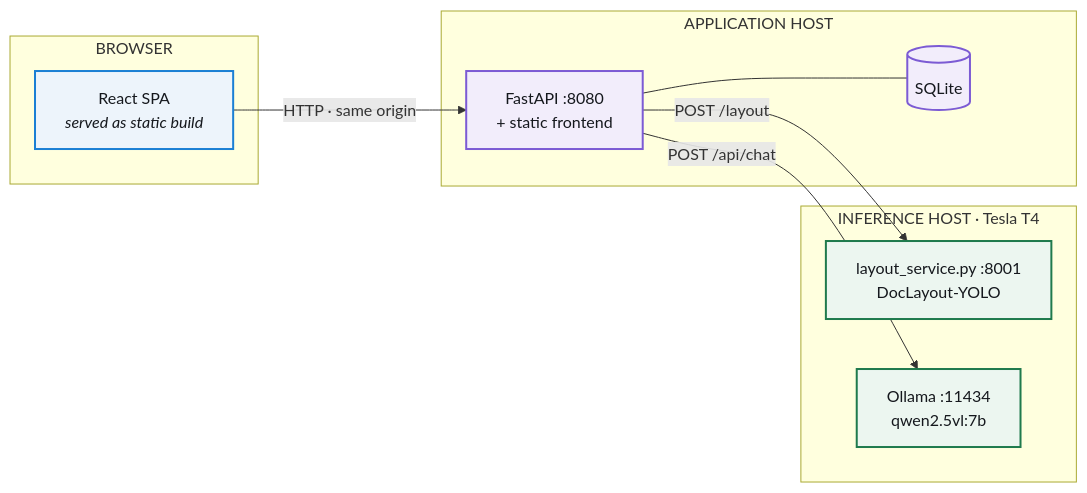
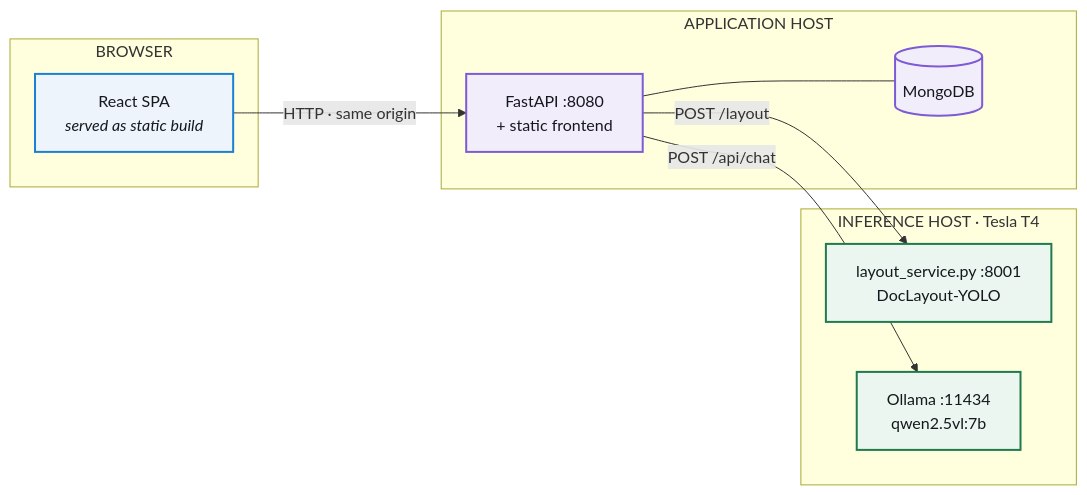
The third of 4 diagrams in docs/ARCHITECTURE.md (ashish-ratna-bcss/print_media_blura_saga), drawn with Mermaid before and after one commit. The commit also changed other lines of this file and 64 other files, not shown here.

````diff
--- a/docs/ARCHITECTURE.md
+++ b/docs/ARCHITECTURE.md
@@ -210,25 +210,25 @@
 ```mermaid
 flowchart LR
   subgraph B["BROWSER"]
     BR["React SPA<br/><i>served as static build</i>"]
   end
   subgraph M["APPLICATION HOST"]
     WEB["FastAPI :8080<br/>+ static frontend"]
-    SQL[("SQLite")]
+    SQL[("MongoDB")]
     WEB --- SQL
   end
   subgraph G["INFERENCE HOST · Tesla T4"]
     LS["layout_service.py :8001<br/>DocLayout-YOLO"]
     OL["Ollama :11434<br/>qwen2.5vl:7b"]
   end
   BR -->|"HTTP · same origin"| WEB
   WEB -->|"POST /layout"| LS
   WEB -->|"POST /api/chat"| OL
 
   classDef b fill:#EDF4FB,stroke:#1B7FD4,stroke-width:2px,color:#15181D
   classDef m fill:#F2EDFB,stroke:#7C5BD4,stroke-width:2px,color:#15181D
   classDef g fill:#ECF6F0,stroke:#1F7A4D,stroke-width:2px,color:#15181D
   class BR b
   class WEB,SQL m
   class LS,OL g
 ```
````
